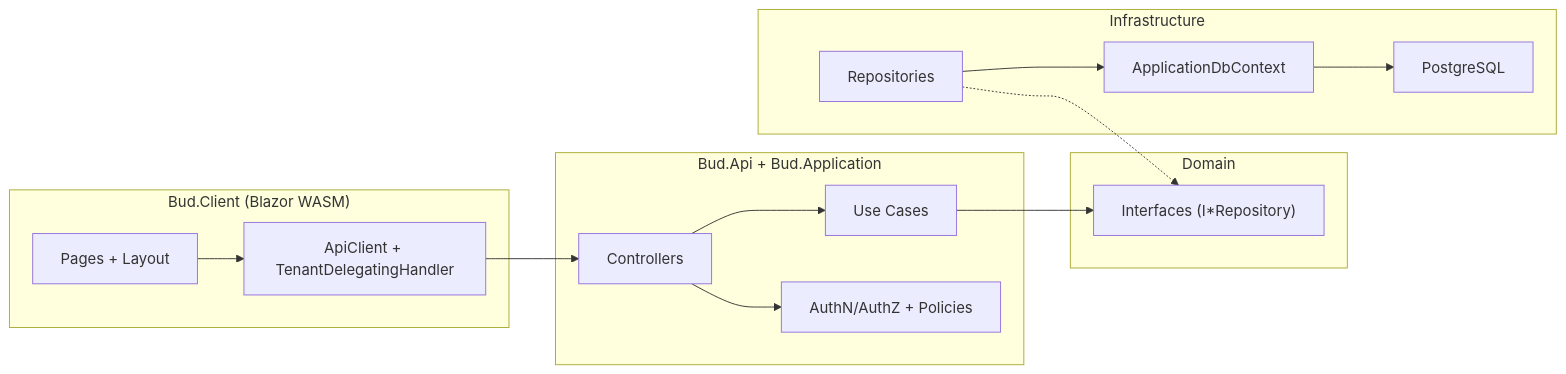
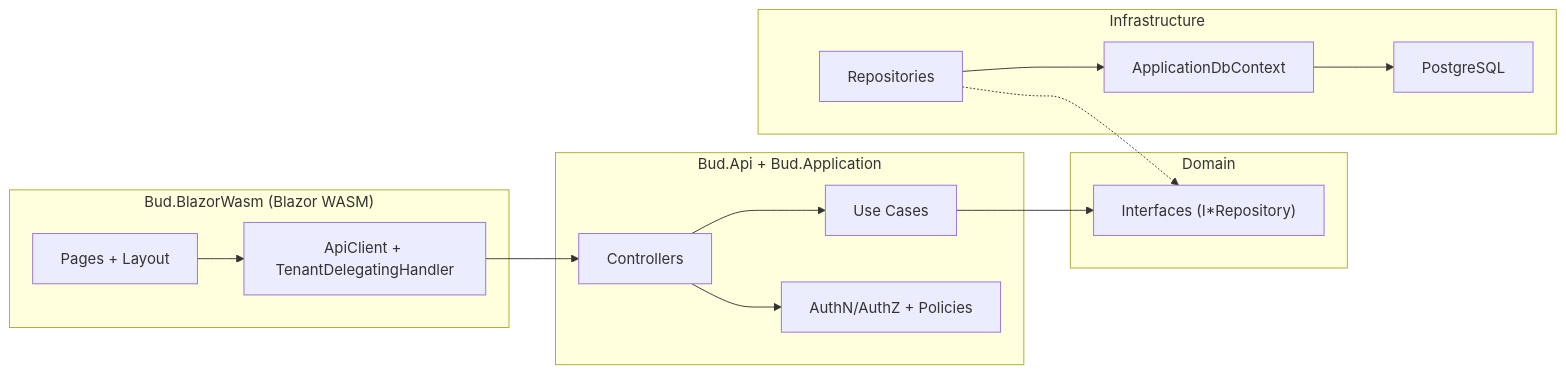
The ninth of 11 diagrams in README.md (dsbraz/bud), drawn with Mermaid before and after one commit. The commit also changed other lines of this file and 370 other files, not shown here.

````diff
--- a/README.md
+++ b/README.md
@@ -450,32 +450,32 @@
 ```mermaid
 flowchart LR
-    subgraph Client["Bud.Client (Blazor WASM)"]
+    subgraph Client["Bud.BlazorWasm (Blazor WASM)"]
       UI["Pages + Layout"]
       ApiClient["ApiClient + TenantDelegatingHandler"]
     end
 
     subgraph Api["Bud.Api + Bud.Application"]
       Controllers["Controllers"]
       UseCases["Use Cases"]
       Authz["AuthN/AuthZ + Policies"]
     end
 
     subgraph DomainLayer["Domain"]
       RepoInterfaces["Interfaces (I*Repository)"]
     end
 
     subgraph Infra["Infrastructure"]
       Repos["Repositories"]
       Db["ApplicationDbContext"]
       Pg["PostgreSQL"]
     end
 
     UI --> ApiClient
     ApiClient --> Controllers
     Controllers --> UseCases
     UseCases --> RepoInterfaces
     Repos -.-> RepoInterfaces
     Controllers --> Authz
     Repos --> Db
     Db --> Pg
 ```
````
